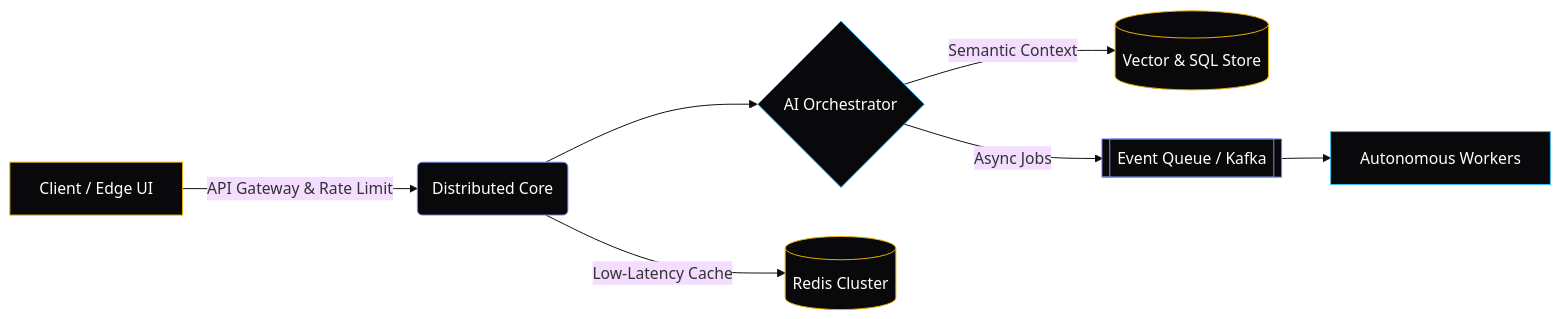
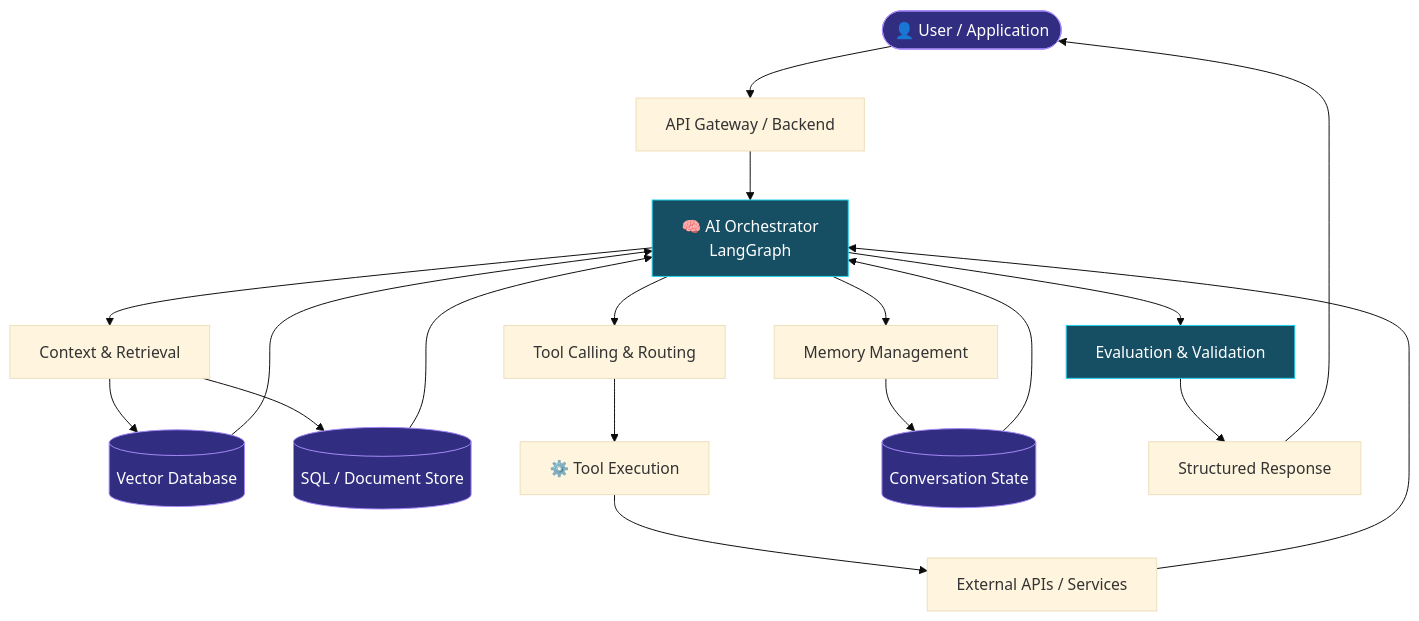
The diagram in README.md (shane9AA/shane9AA), drawn with Mermaid (base theme) before and after one commit. The commit also changed other lines of this file, not shown here.

````diff
--- a/README.md
+++ b/README.md
@@ -80,17 +84,33 @@
 ```mermaid
-graph LR
-    A[Client / Edge UI] -->|API Gateway & Rate Limit| B(Distributed Core)
-    B --> C{AI Orchestrator}
-    C -->|Semantic Context| D[(Vector & SQL Store)]
-    C -->|Async Jobs| E[[Event Queue / Kafka]]
-    E --> F[Autonomous Workers]
-    B -->|Low-Latency Cache| G[(Redis Cluster)]
+flowchart TB
+    U(["👤 User / Application"]) --> API["API Gateway / Backend"]
+    API --> O["🧠 AI Orchestrator<br/>LangGraph"]
+    
+    O --> R["Context & Retrieval"]
+    O --> T["Tool Calling & Routing"]
+    O --> M["Memory Management"]
+    
+    R --> V[("Vector Database")]
+    R --> DB[("SQL / Document Store")]
+    
+    T --> W["⚙️ Tool Execution"]
+    W --> EXT["External APIs / Services"]
+    
+    M --> MEM[("Conversation State")]
+    
+    V --> O
+    DB --> O
+    EXT --> O
+    MEM --> O
+    
+    O --> E["Evaluation & Validation"]
+    E --> RESP["Structured Response"]
+    RESP --> U
 
-    style A fill:#09090b,stroke:#eab308,color:#fff
-    style B fill:#09090b,stroke:#818cf8,color:#fff
-    style C fill:#09090b,stroke:#38bdf8,color:#fff
-    style D fill:#09090b,stroke:#eab308,color:#fff
-    style E fill:#09090b,stroke:#818cf8,color:#fff
-    style F fill:#09090b,stroke:#38bdf8,color:#fff
-    style G fill:#09090b,stroke:#eab308,color:#fff
+    style U fill:#312E81,stroke:#A78BFA,color:#fff
+    style O fill:#164E63,stroke:#22D3EE,color:#fff
+    style V fill:#312E81,stroke:#A78BFA,color:#fff
+    style DB fill:#312E81,stroke:#A78BFA,color:#fff
+    style MEM fill:#312E81,stroke:#A78BFA,color:#fff
+    style E fill:#164E63,stroke:#22D3EE,color:#fff
 ```
````
